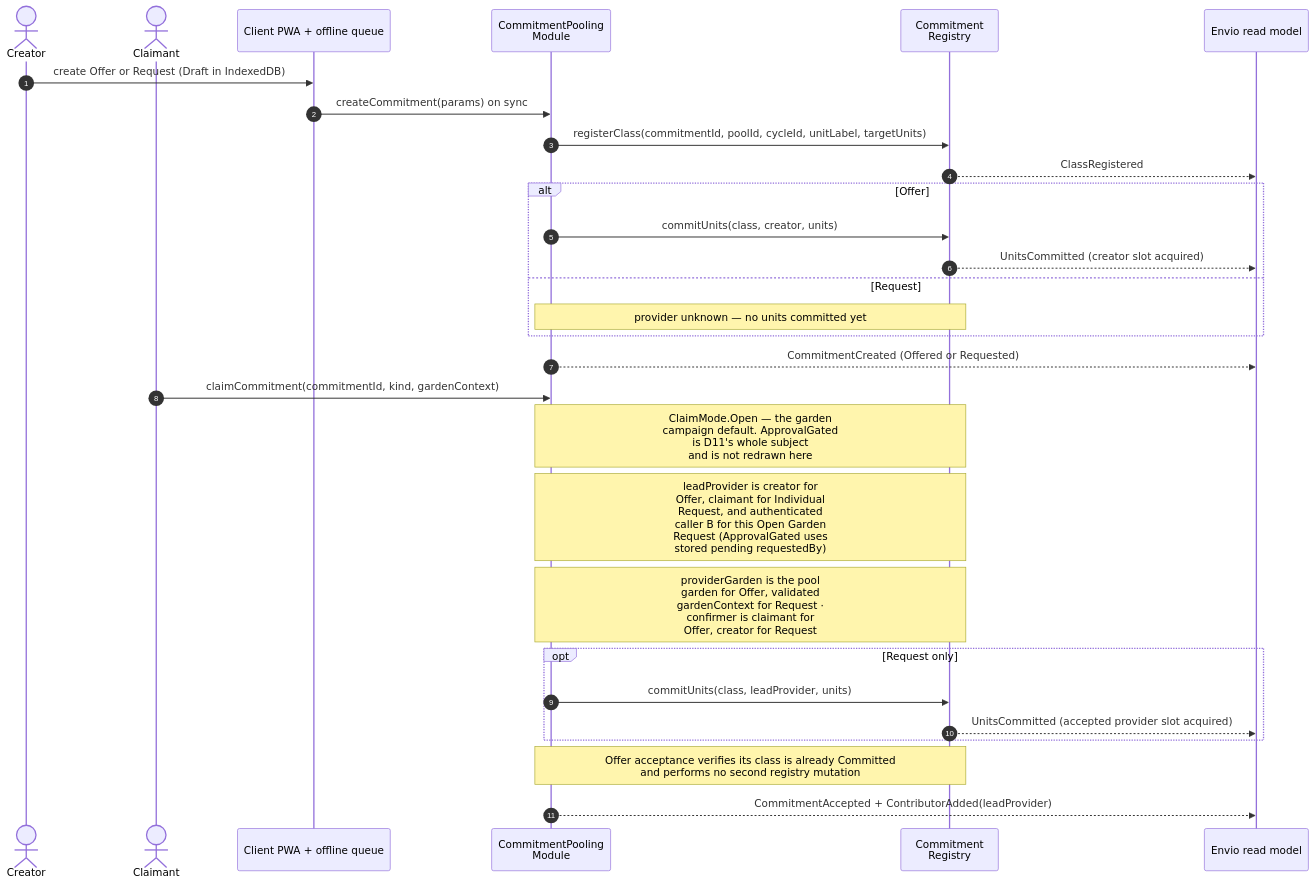
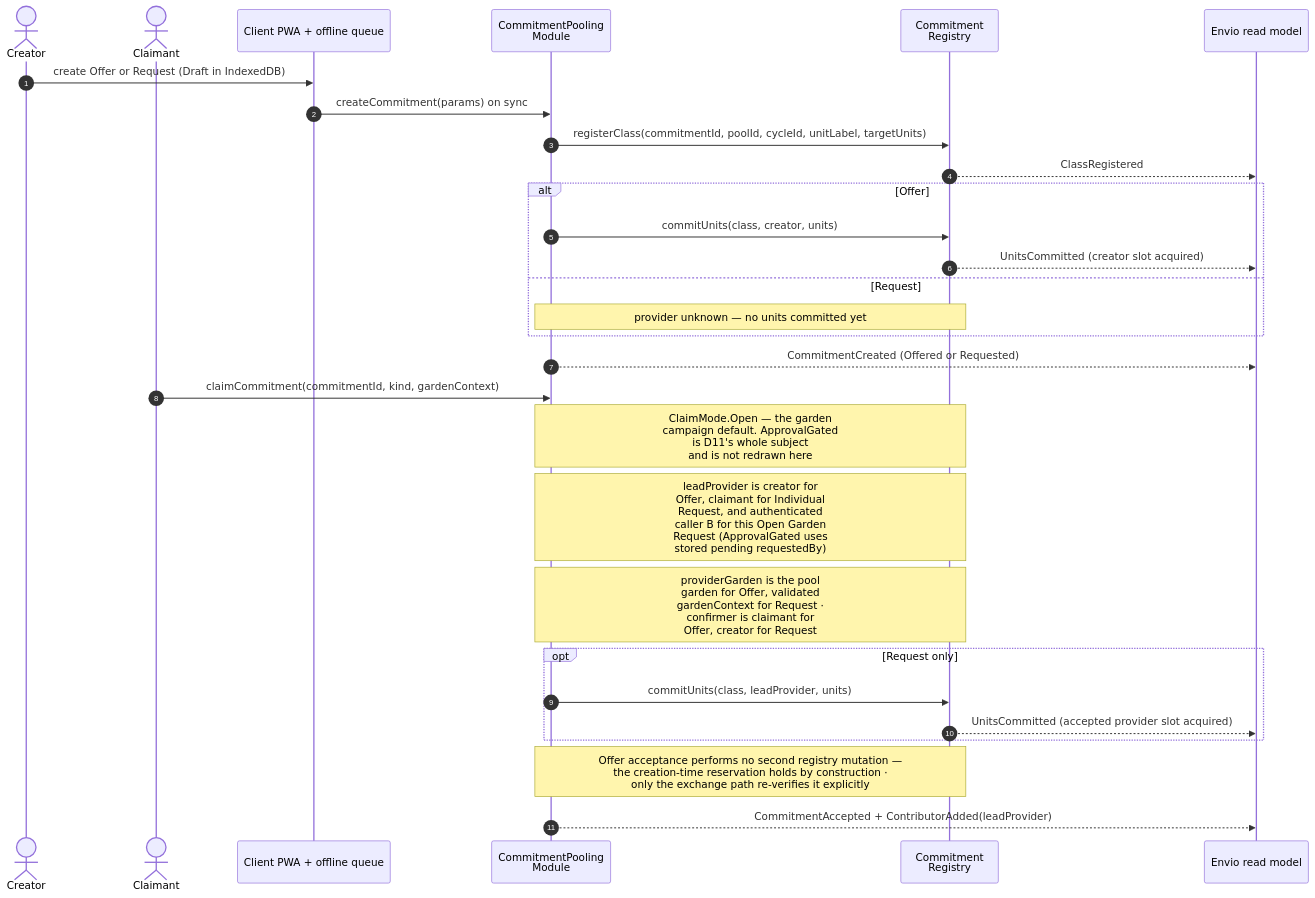
Before and after one commit to greenpill-dev-guild/green-goods: the sixth of 43 diagrams in .plans/active/commitment-pooling/diagrams.md, drawn with Mermaid. The commit also changed other lines of this file and 6 other files, not shown here.

First line of the commit message:
docs(commitment-pooling): realign the architecture tab with the merged contracts

````diff
--- a/.plans/active/commitment-pooling/diagrams.md
+++ b/.plans/active/commitment-pooling/diagrams.md
@@ -490,32 +501,32 @@
 ```mermaid
 sequenceDiagram
   autonumber
   actor A as Creator
   actor B as Claimant
   participant PWA as Client PWA + offline queue
   participant M as CommitmentPooling<br/>Module
   participant R as Commitment<br/>Registry
   participant IDX as Envio read model
 
   A->>PWA: create Offer or Request (Draft in IndexedDB)
   PWA->>M: createCommitment(params) on sync
   M->>R: registerClass(commitmentId, poolId, cycleId, unitLabel, targetUnits)
   R-->>IDX: ClassRegistered
   alt Offer
     M->>R: commitUnits(class, creator, units)
     R-->>IDX: UnitsCommitted (creator slot acquired)
   else Request
     Note over M,R: provider unknown — no units committed yet
   end
   M-->>IDX: CommitmentCreated (Offered or Requested)
   B->>M: claimCommitment(commitmentId, kind, gardenContext)
   Note over M,R: ClaimMode.Open — the garden<br/>campaign default. ApprovalGated<br/>is D11's whole subject<br/>and is not redrawn here
   Note over M,R: leadProvider is creator for<br/>Offer, claimant for Individual<br/>Request, and authenticated<br/>caller B for this Open Garden<br/>Request (ApprovalGated uses<br/>stored pending requestedBy)
   Note over M,R: providerGarden is the pool<br/>garden for Offer, validated<br/>gardenContext for Request ·<br/>confirmer is claimant for<br/>Offer, creator for Request
   opt Request only
     M->>R: commitUnits(class, leadProvider, units)
     R-->>IDX: UnitsCommitted (accepted provider slot acquired)
   end
-  Note over M,R: Offer acceptance verifies its class is already Committed<br/>and performs no second registry mutation
+  Note over M,R: Offer acceptance performs no second registry mutation —<br/>the creation-time reservation holds by construction ·<br/>only the exchange path re-verifies it explicitly
   M-->>IDX: CommitmentAccepted + ContributorAdded(leadProvider)
 ```
````
